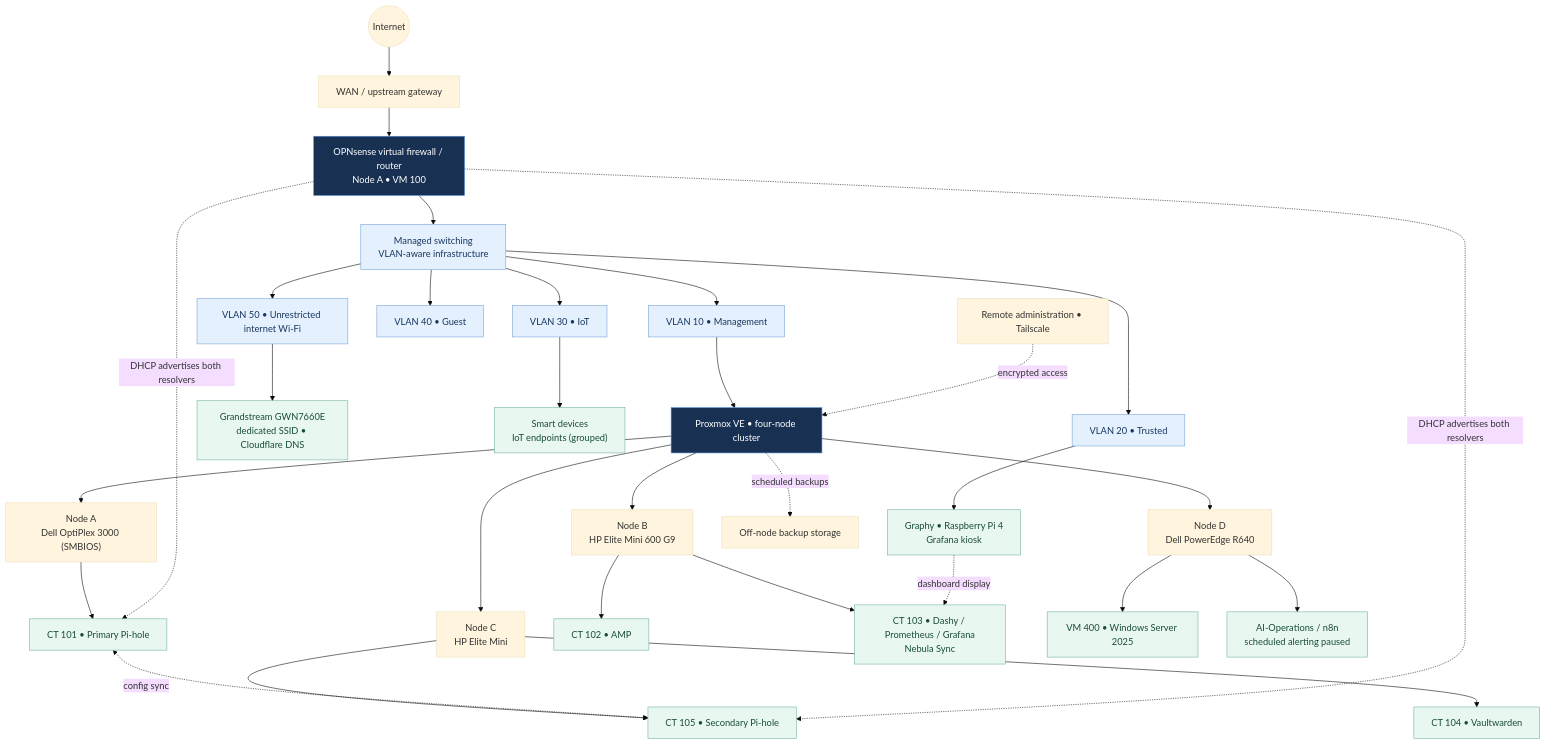
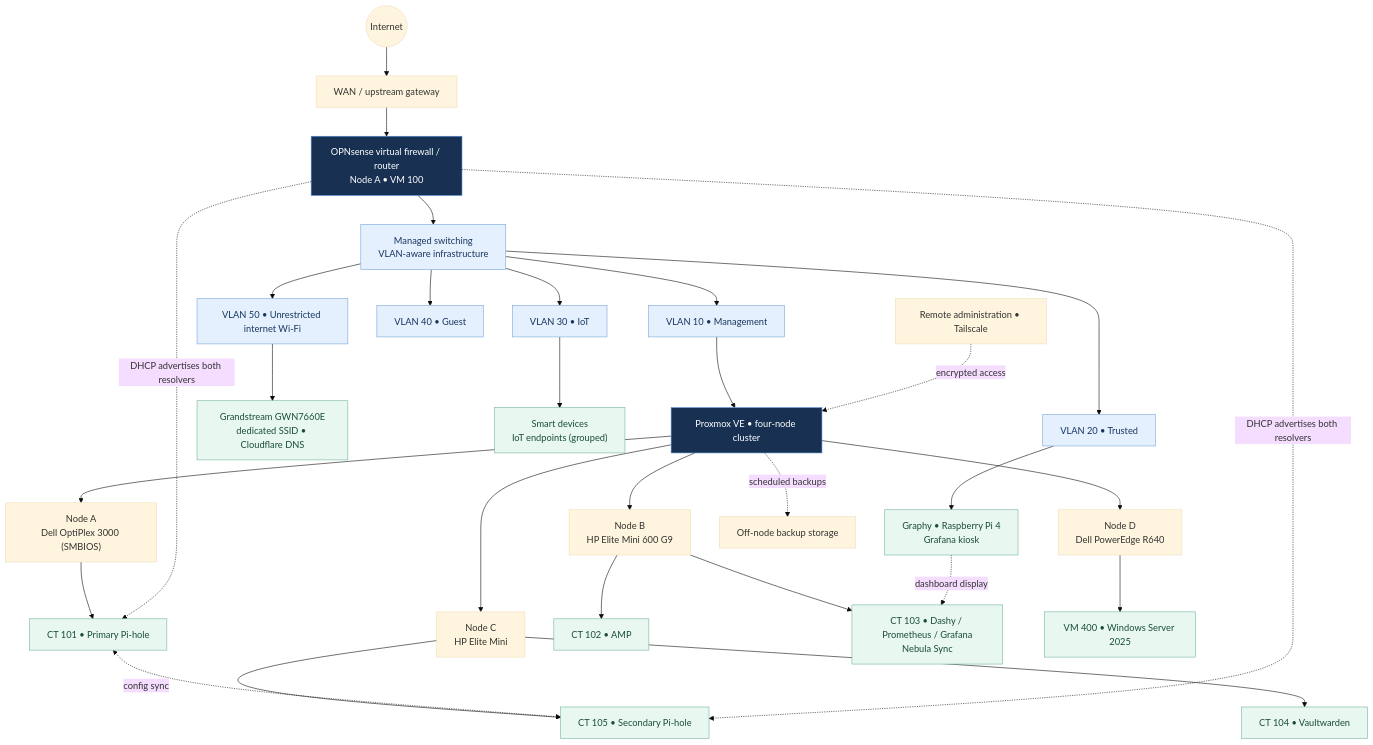
The first of 3 diagrams in network/diagrams/README.md (samuelkemp1619/HOMELAB-PORTFOLIO), drawn with Mermaid (base theme) before and after one commit. The commit also changed other lines of this file, not shown here.

````diff
--- a/network/diagrams/README.md
+++ b/network/diagrams/README.md
@@ -9,38 +9,37 @@
 ```mermaid
 flowchart TB
     WAN((Internet)) --> EDGE["WAN / upstream gateway"]
     EDGE --> FW["OPNsense virtual firewall / router<br/>Node A • VM 100"]
     FW --> SWITCH["Managed switching<br/>VLAN-aware infrastructure"]
     SWITCH --> V10["VLAN 10 • Management"]
     SWITCH --> V20["VLAN 20 • Trusted"]
     SWITCH --> V30["VLAN 30 • IoT"]
     SWITCH --> V40["VLAN 40 • Guest"]
     SWITCH --> V50["VLAN 50 • Unrestricted internet Wi-Fi"]
     V50 --> AP50["Grandstream GWN7660E<br/>dedicated SSID • Cloudflare DNS"]
     V30 --> SMART["Smart devices<br/>IoT endpoints (grouped)"]
     V10 --> CLUSTER["Proxmox VE • four-node cluster"]
     CLUSTER --> P1["Node A<br/>Dell OptiPlex 3000 (SMBIOS)"]
     CLUSTER --> P2["Node B<br/>HP Elite Mini 600 G9"]
     CLUSTER --> P3["Node C<br/>HP Elite Mini"]
     CLUSTER --> P4["Node D<br/>Dell PowerEdge R640"]
     P1 --> DNS1["CT 101 • Primary Pi-hole"]
     P2 --> APP["CT 102 • AMP"]
     P2 --> OBS["CT 103 • Dashy / Prometheus / Grafana<br/>Nebula Sync"]
     P3 --> VAULT["CT 104 • Vaultwarden"]
     P3 --> DNS2["CT 105 • Secondary Pi-hole"]
     P4 --> WIN["VM 400 • Windows Server 2025"]
-    P4 --> AI["AI-Operations / n8n<br/>scheduled alerting paused"]
     DNS1 <-. "config sync" .-> DNS2
     FW -. "DHCP advertises both resolvers" .-> DNS1
     FW -. "DHCP advertises both resolvers" .-> DNS2
     V20 --> GRAPHY["Graphy • Raspberry Pi 4<br/>Grafana kiosk"]
     GRAPHY -. "dashboard display" .-> OBS
     REMOTE["Remote administration • Tailscale"] -. "encrypted access" .-> CLUSTER
     CLUSTER -. "scheduled backups" .-> BACKUP["Off-node backup storage"]
     classDef core fill:#183153,color:#fff,stroke:#4c8ad5
     classDef network fill:#e5f0ff,color:#17365d,stroke:#77a5d6
     classDef service fill:#e9f7f1,color:#174d36,stroke:#71b49a
     class FW,CLUSTER core
     class SWITCH,V10,V20,V30,V40,V50 network
-    class DNS1,DNS2,OBS,VAULT,GRAPHY,APP,WIN,AI,SMART,AP50 service
+    class DNS1,DNS2,OBS,VAULT,GRAPHY,APP,WIN,SMART,AP50 service
 ```
````
